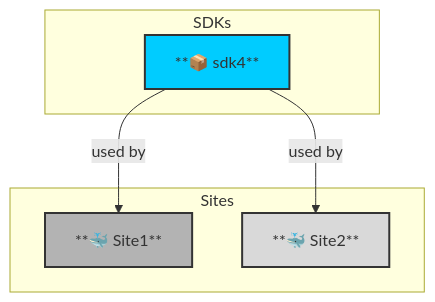
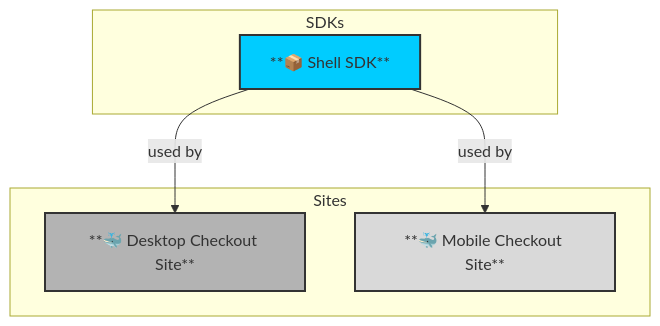
The third of 3 diagrams in testdependency.md (tavisca-gkochar/gkochar-tavisca.com), drawn with Mermaid before and after one commit. The commit also changed other lines of this file, not shown here.

````diff
--- a/testdependency.md
+++ b/testdependency.md
@@ -100,22 +157,22 @@
 ```mermaid
 graph TD;
     %% Define subgraph SDKs
     subgraph SDKs
-        L4[**📦 sdk4**]
+        L4[**📦 Shell SDK**]
     end
 
     subgraph Sites
-        S1[**🐳 Site1**]
-        S2[**🐳 Site2**]
+        S1[**🐳 Desktop Checkout Site**]
+        S2[**🐳 Mobile Checkout Site**]
     end
 
     %% Define relationships
     L4 -->|used by| S1;
     L4 -->|used by| S2;
 
     %% Adding styles and theming
     style L4 fill:#0cf,stroke:#333,stroke-width:2px;
 
     style S1 fill:#b3b3b3,stroke:#333,stroke-width:2px;
     style S2 fill:#d9d9d9,stroke:#333,stroke-width:2px;
 ```
````
